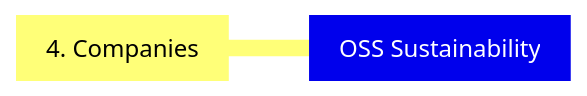
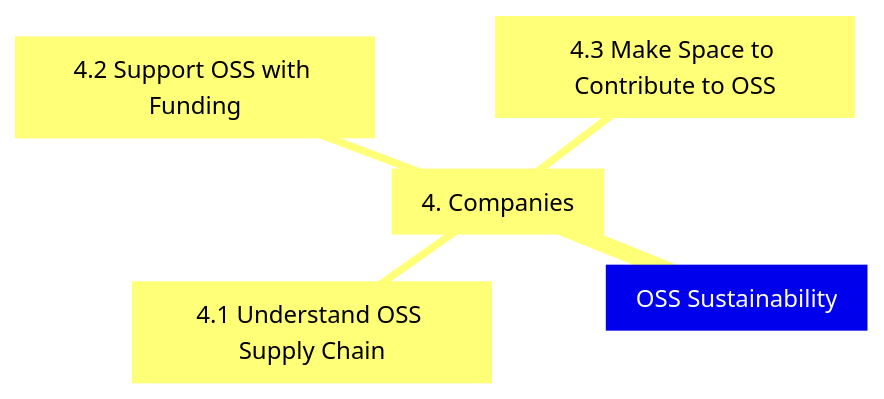
Before and after one commit to AWiderDotNET/home: the fourth of 7 diagrams in README.md, drawn with Mermaid. The commit also changed other lines of this file, not shown here.

````diff
--- a/README.md
+++ b/README.md
@@ -56,5 +61,8 @@
 ```mermaid
 mindmap
   root[OSS Sustainability]
     4[4. Companies]
+      4.1[4.1 Understand OSS Supply Chain]
+      4.2[4.2 Support OSS with Funding]
+      4.3[4.3 Make Space to Contribute to OSS]
 ```
````
